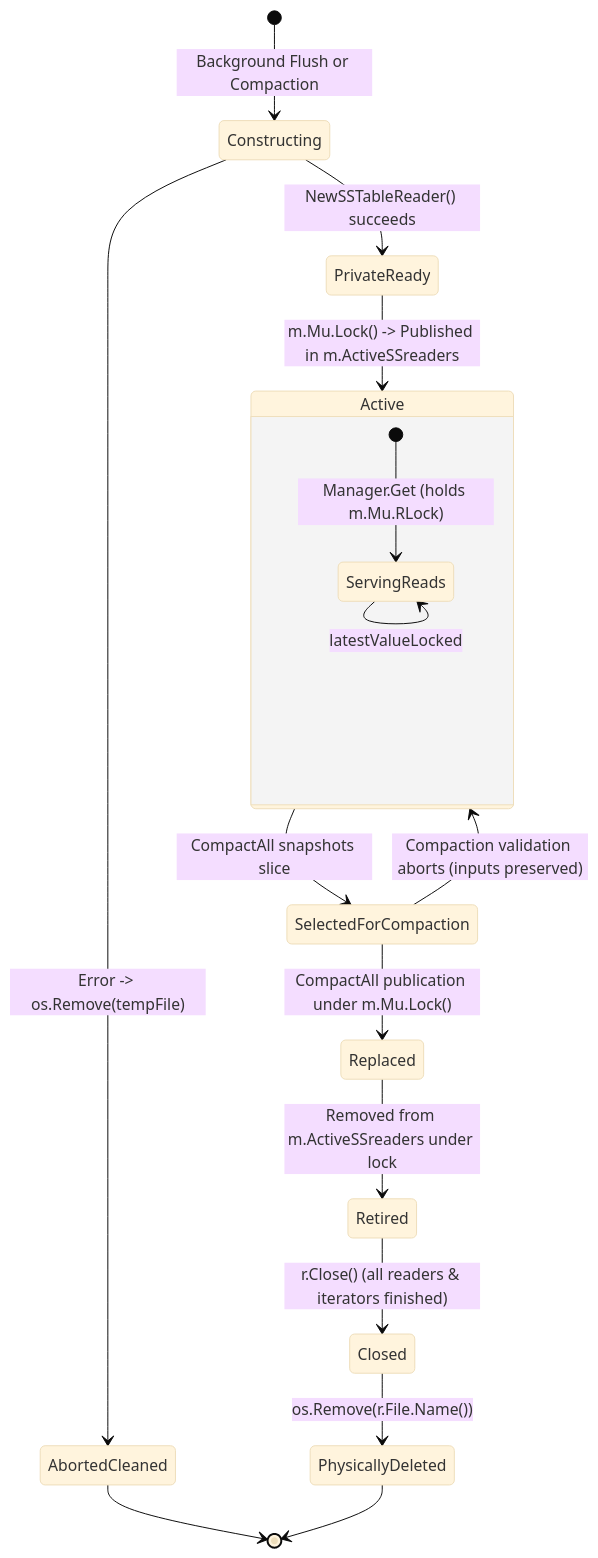
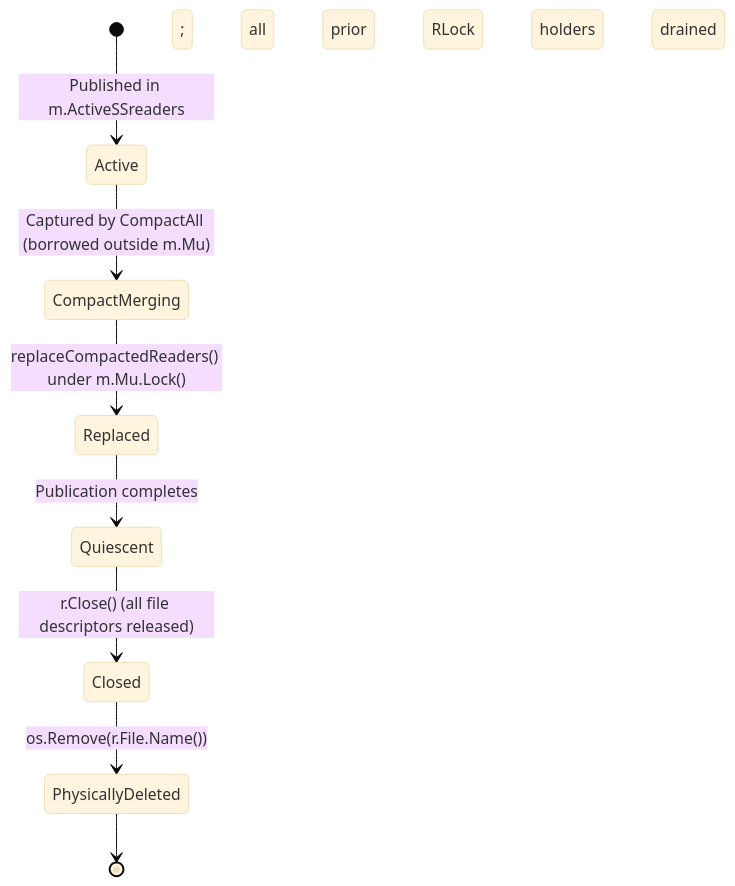
One commit to itsramhere/selfdbms changed the diagram in research/design/reader_ownership_audit.md. Above: the diagram before and after it, drawn with Mermaid (base theme). The commit also changed other lines of this file and 1 other file, not shown here.

Commit message:
I1.3.1: Specify complete reader-lifetime protocol and analyze escaped references

````diff
--- a/research/design/reader_ownership_audit.md
+++ b/research/design/reader_ownership_audit.md
@@ -24,23 +87,10 @@
 ```mermaid
 stateDiagram-v2
-    [*] --> Constructing: Background Flush or Compaction
-    Constructing --> PrivateReady: NewSSTableReader() succeeds
-    Constructing --> AbortedCleaned: Error -> os.Remove(tempFile)
-    AbortedCleaned --> [*]
-
-    PrivateReady --> Active: m.Mu.Lock() -> Published in m.ActiveSSreaders
-    Active --> SelectedForCompaction: CompactAll snapshots slice
-    
-    state Active {
-        [*] --> ServingReads: Manager.Get (holds m.Mu.RLock)
-        ServingReads --> ServingReads: latestValueLocked
-    }
-
-    SelectedForCompaction --> Replaced: CompactAll publication under m.Mu.Lock()
-    Replaced --> Retired: Removed from m.ActiveSSreaders under lock
-    Retired --> Closed: r.Close() (all readers & iterators finished)
+    [*] --> Active: Published in m.ActiveSSreaders
+    Active --> CompactMerging: Captured by CompactAll (borrowed outside m.Mu)
+    CompactMerging --> Replaced: replaceCompactedReaders() under m.Mu.Lock()
+    Replaced --> Quiescent: Publication completes; all prior RLock holders drained
+    Quiescent --> Closed: r.Close() (all file descriptors released)
     Closed --> PhysicallyDeleted: os.Remove(r.File.Name())
     PhysicallyDeleted --> [*]
-
-    SelectedForCompaction --> Active: Compaction validation aborts (inputs preserved)
 ```
````
